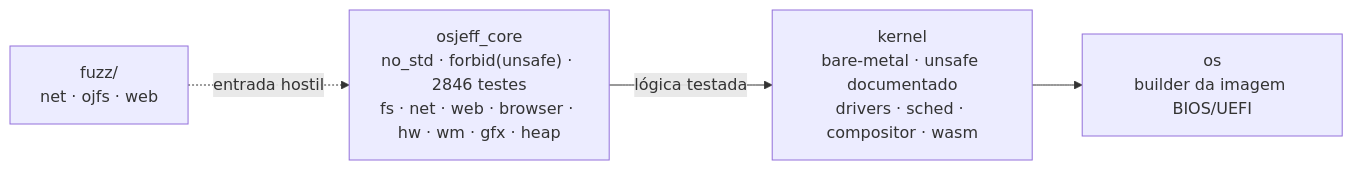
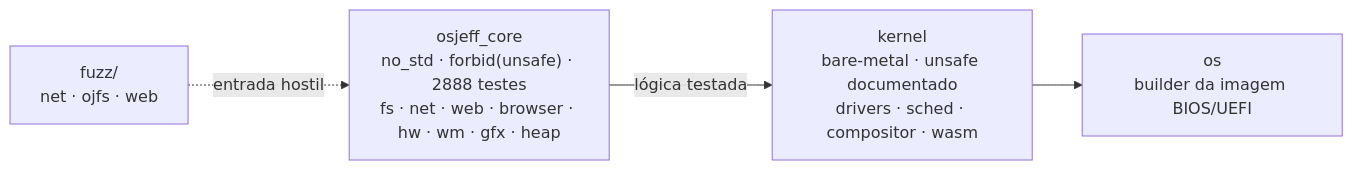
One commit to Jeffinp/OSjeff changed the diagram in README.md. Above: the diagram before and after it, drawn with Mermaid. The commit also changed other lines of this file and 3 other files, not shown here.

````diff
--- a/README.md
+++ b/README.md
@@ -101,9 +101,9 @@
 ```mermaid
 flowchart LR
-    CORE["osjeff_core<br/>no_std · forbid(unsafe) · 2846 testes<br/>fs · net · web · browser · hw · wm · gfx · heap"]
+    CORE["osjeff_core<br/>no_std · forbid(unsafe) · 2888 testes<br/>fs · net · web · browser · hw · wm · gfx · heap"]
     KERNEL["kernel<br/>bare-metal · unsafe documentado<br/>drivers · sched · compositor · wasm"]
     OS["os<br/>builder da imagem BIOS/UEFI"]
     FUZZ["fuzz/<br/>net · ojfs · web"]
     CORE -->|lógica testada| KERNEL --> OS
     FUZZ -.->|entrada hostil| CORE
 ```
````
